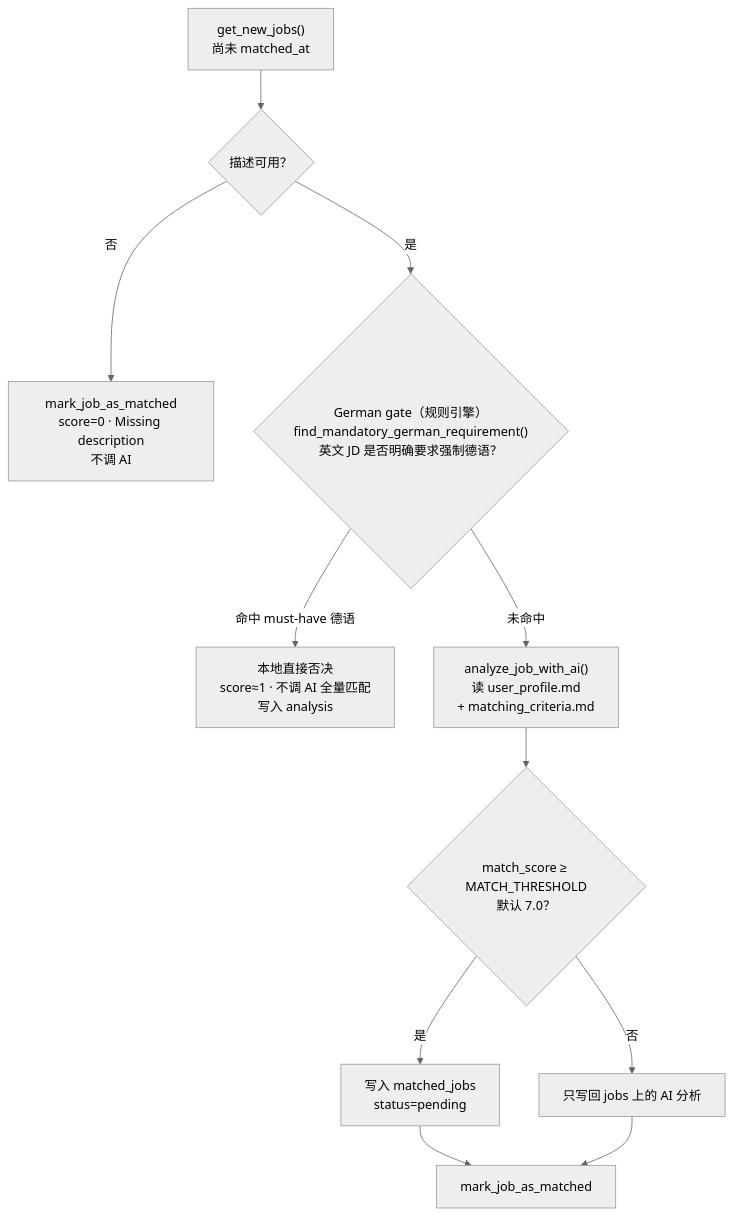
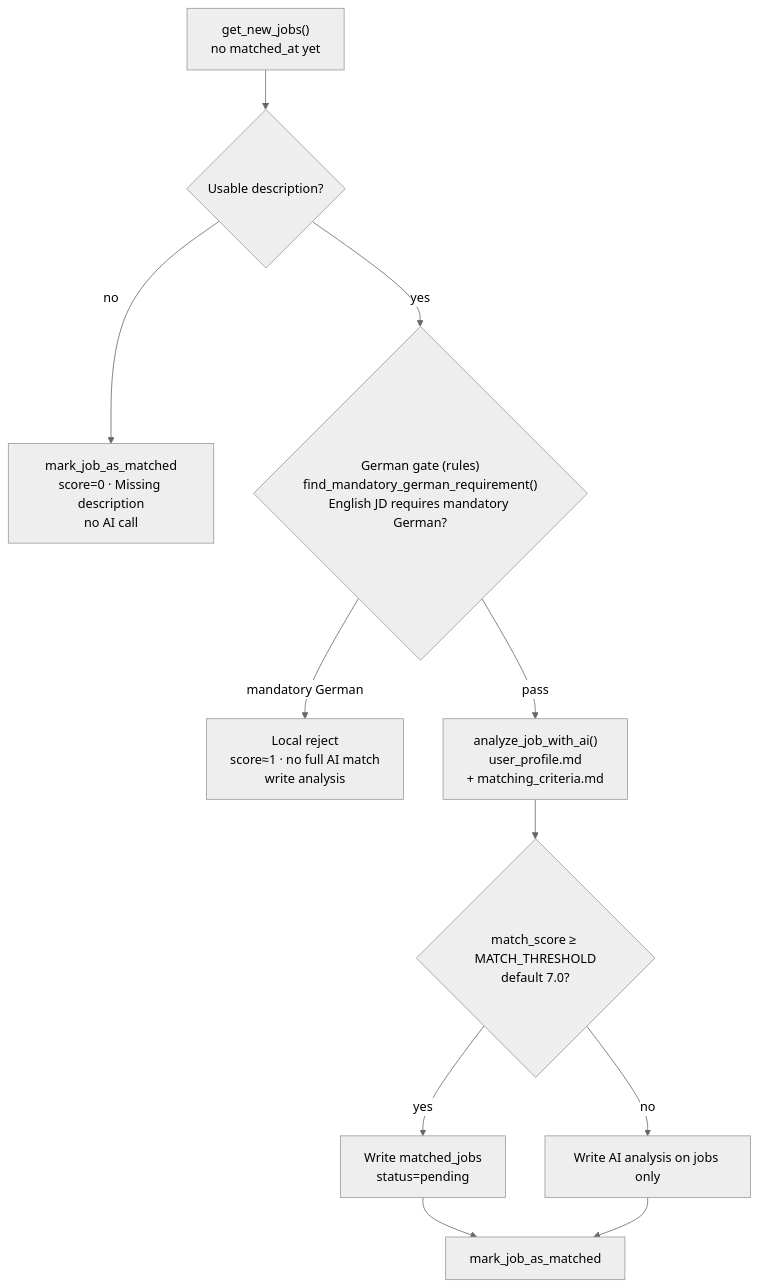
The fifth of 5 diagrams in docs/architecture.md (CarrieNong/job_scraper), drawn with Mermaid (neutral theme) before and after one commit. The commit also changed other lines of this file and 1 other file, not shown here.

````diff
--- a/docs/architecture.md
+++ b/docs/architecture.md
@@ -228,18 +230,18 @@
 ```mermaid
 flowchart TD
-    New["get_new_jobs()<br/>尚未 matched_at"]
+    New["get_new_jobs()<br/>no matched_at yet"]
 
-    New --> Empty{"描述可用？"}
-    Empty -->|否| FailEmpty["mark_job_as_matched<br/>score=0 · Missing description<br/>不调 AI"]
+    New --> Empty{"Usable description?"}
+    Empty -->|no| FailEmpty["mark_job_as_matched<br/>score=0 · Missing description<br/>no AI call"]
 
-    Empty -->|是| Gate{"German gate（规则引擎）<br/>find_mandatory_german_requirement()<br/>英文 JD 是否明确要求强制德语？"}
+    Empty -->|yes| Gate{"German gate (rules)<br/>find_mandatory_german_requirement()<br/>English JD requires mandatory German?"}
 
-    Gate -->|命中 must-have 德语| FailDE["本地直接否决<br/>score≈1 · 不调 AI 全量匹配<br/>写入 analysis"]
-    Gate -->|未命中| AI["analyze_job_with_ai()<br/>读 user_profile.md<br/>+ matching_criteria.md"]
+    Gate -->|mandatory German| FailDE["Local reject<br/>score≈1 · no full AI match<br/>write analysis"]
+    Gate -->|pass| AI["analyze_job_with_ai()<br/>user_profile.md<br/>+ matching_criteria.md"]
 
-    AI --> Score{"match_score ≥ MATCH_THRESHOLD<br/>默认 7.0？"}
-    Score -->|是| MJ["写入 matched_jobs<br/>status=pending"]
-    Score -->|否| OnlyJobs["只写回 jobs 上的 AI 分析"]
+    AI --> Score{"match_score ≥ MATCH_THRESHOLD<br/>default 7.0?"}
+    Score -->|yes| MJ["Write matched_jobs<br/>status=pending"]
+    Score -->|no| OnlyJobs["Write AI analysis on jobs only"]
     MJ --> Mark["mark_job_as_matched"]
     OnlyJobs --> Mark
 ```
````
